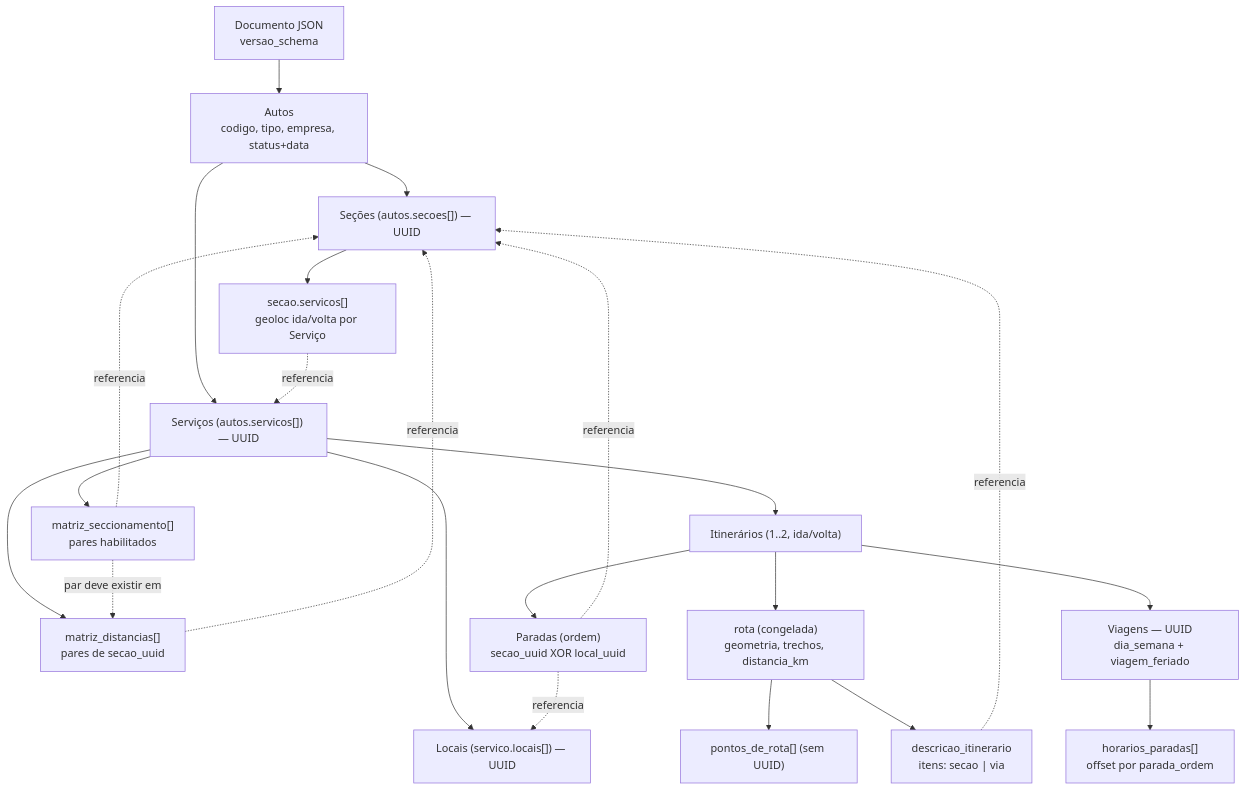
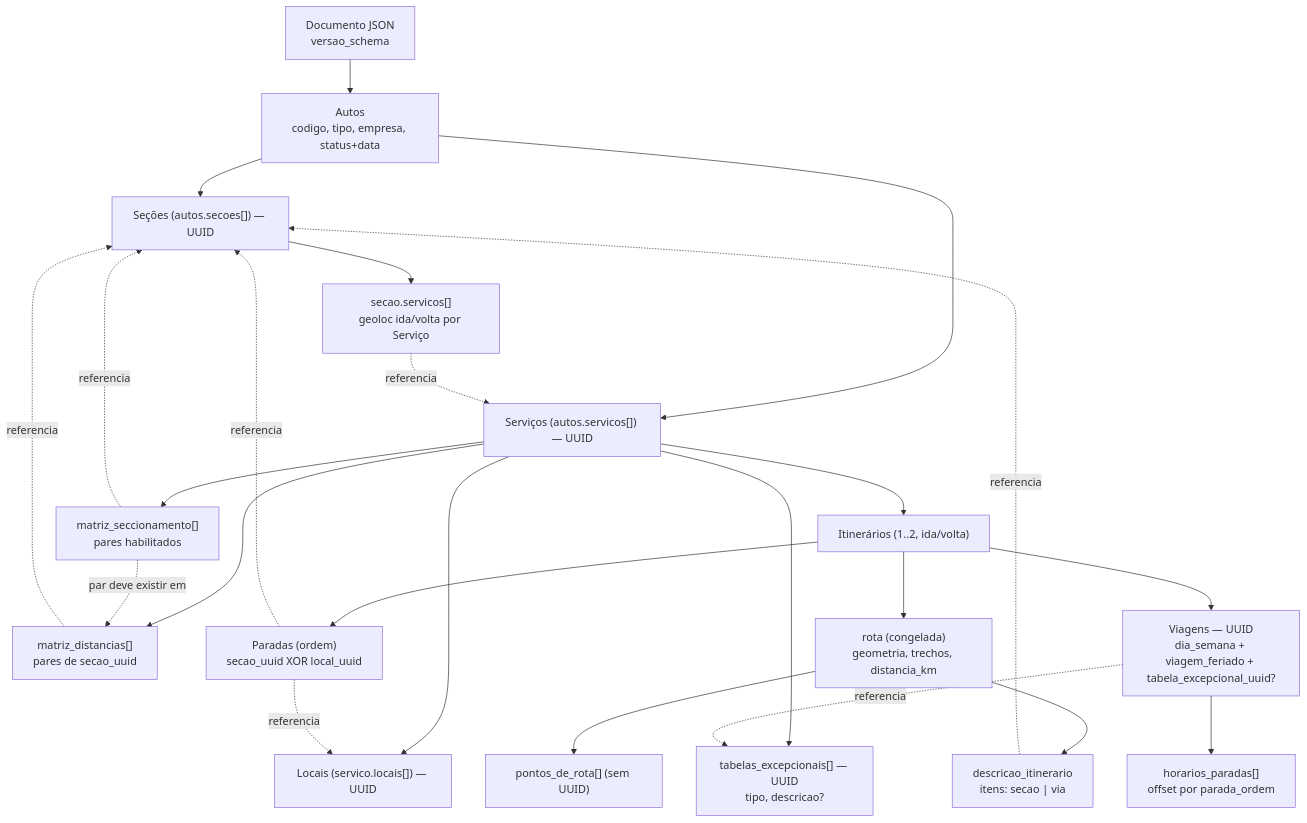
The first of 2 diagrams in docs-dev/02-DOMAIN_MODEL.md (ghmfrade/rota), drawn with Mermaid before and after one commit. The commit also changed other lines of this file and 5 other files, not shown here.

````diff
--- a/docs-dev/02-DOMAIN_MODEL.md
+++ b/docs-dev/02-DOMAIN_MODEL.md
@@ -204,24 +213,26 @@
 ```mermaid
 graph TD
   DOC[Documento JSON<br/>versao_schema] --> AUTOS[Autos<br/>codigo, tipo, empresa, status+data]
   AUTOS --> SECOES["Seções (autos.secoes[]) — UUID"]
   AUTOS --> SERVICOS["Serviços (autos.servicos[]) — UUID"]
   SECOES --> SS["secao.servicos[]<br/>geoloc ida/volta por Serviço"]
   SS -. referencia .-> SERVICOS
   SERVICOS --> LOCAIS["Locais (servico.locais[]) — UUID"]
+  SERVICOS --> TABEXC["tabelas_excepcionais[] — UUID<br/>tipo, descricao?"]
   SERVICOS --> MD["matriz_distancias[]<br/>pares de secao_uuid"]
   SERVICOS --> MS["matriz_seccionamento[]<br/>pares habilitados"]
   SERVICOS --> ITIN["Itinerários (1..2, ida/volta)"]
   ITIN --> PARADAS["Paradas (ordem)<br/>secao_uuid XOR local_uuid"]
   PARADAS -. referencia .-> SECOES
   PARADAS -. referencia .-> LOCAIS
   ITIN --> ROTA["rota (congelada)<br/>geometria, trechos, distancia_km"]
   ROTA --> PDR["pontos_de_rota[] (sem UUID)"]
   ROTA --> DESC["descricao_itinerario<br/>itens: secao | via"]
   DESC -. referencia .-> SECOES
-  ITIN --> VIAGENS["Viagens — UUID<br/>dia_semana + viagem_feriado"]
+  ITIN --> VIAGENS["Viagens — UUID<br/>dia_semana + viagem_feriado + tabela_excepcional_uuid?"]
+  VIAGENS -. referencia .-> TABEXC
   VIAGENS --> HP["horarios_paradas[]<br/>offset por parada_ordem"]
   MD -. referencia .-> SECOES
   MS -. referencia .-> SECOES
   MS -. "par deve existir em" .-> MD
 ```
````
